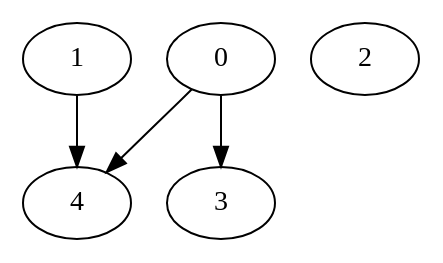
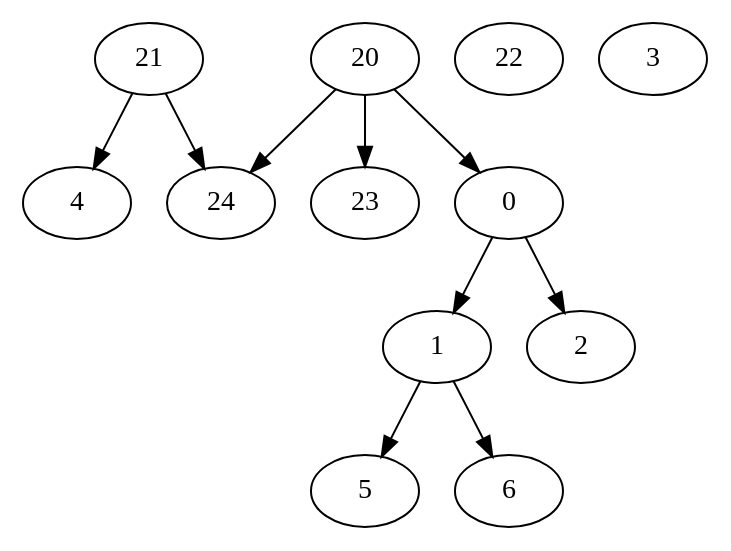
One commit to mohan-cao/revilo changed the diagram in test_inputs/multiple_sources.dot. Above: the diagram before and after it, drawn with Graphviz. The commit also changed 11 other files, not shown here.

```diff
--- a/test_inputs/multiple_sources.dot
+++ b/test_inputs/multiple_sources.dot
@@ -1,10 +1,23 @@
 digraph multisource {
-    1   [Weight=3];
-    0   [Weight=4];
-    2   [Weight=5];
-    3   [Weight=6];
-    4   [Weight=4];
-    0 -> 3  [Weight=1];
-    1 -> 4  [Weight=3];
-    0 -> 4  [Weight=4];
+    21   [Weight=3];
+    20   [Weight=4];
+    22   [Weight=5];
+    23   [Weight=6];
+    24   [Weight=4];
+    20 -> 23  [Weight=1];
+    21 -> 24  [Weight=3];
+    20 -> 24  [Weight=4];
+    0	 [Weight=50];
+	1	 [Weight=70];
+	0 -> 1	 [Weight=9];
+	2	 [Weight=90];
+	0 -> 2	 [Weight=7];
+	3	 [Weight=100];
+	20 -> 0	 [Weight=4];
+	4	 [Weight=40];
+	21 -> 4	 [Weight=10];
+	5	 [Weight=20];
+	1 -> 5	 [Weight=7];
+	6	 [Weight=100];
+	1 -> 6	 [Weight=5];
 }
```
